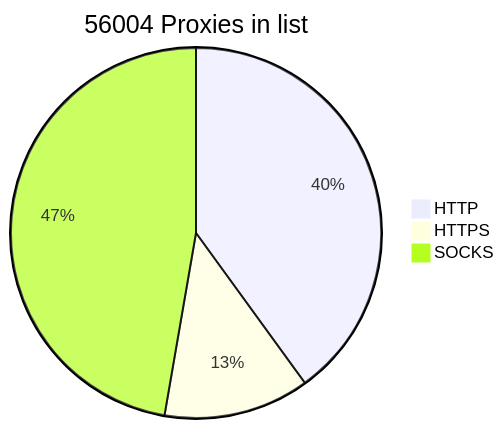
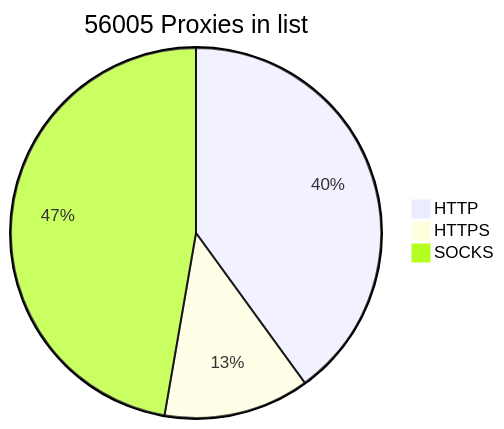
The diagram in README.md (BlackSnowDot/proxylist-update-every-minute), drawn with Mermaid before and after one commit.

````diff
--- a/README.md
+++ b/README.md
@@ -2,6 +2,6 @@
 ```mermaid
-pie title 56004 Proxies in list
+pie title 56005 Proxies in list
     "HTTP" : 25122
     "HTTPS": 7988
-    "SOCKS" : 29688
+    "SOCKS" : 29689
 ```
````
